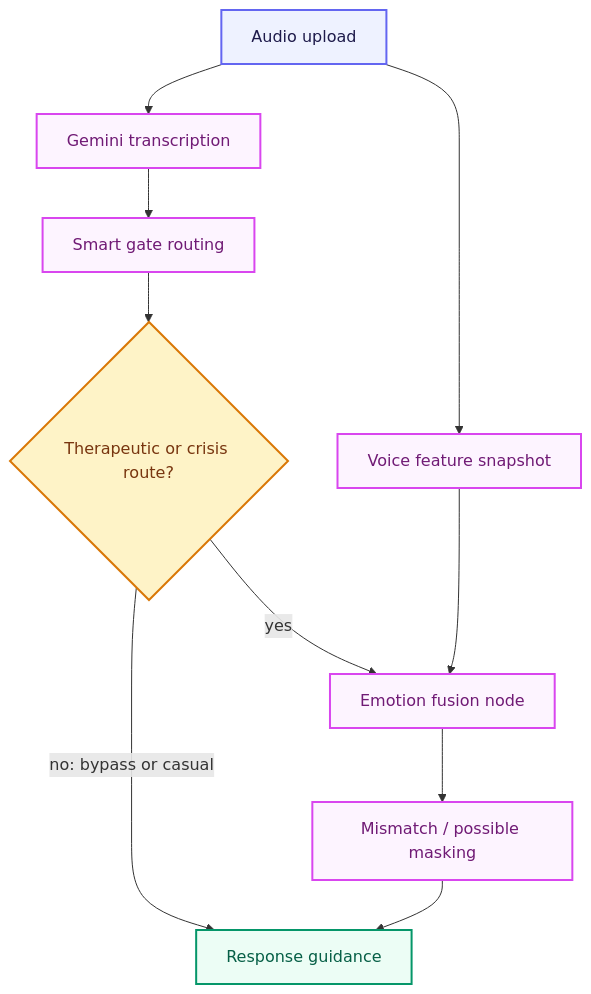
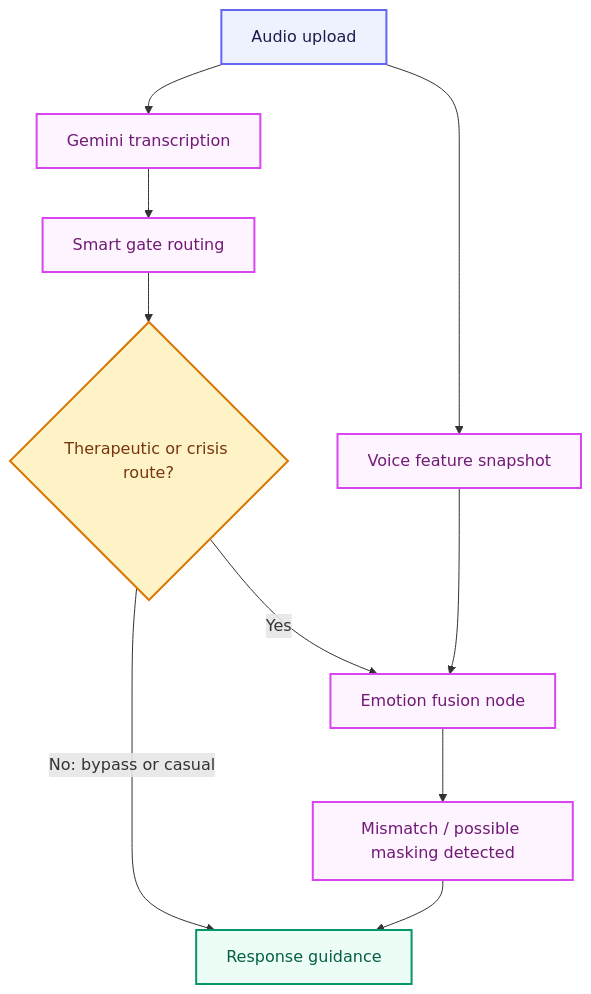
Before and after one commit to taha-mehmood-03/Personlaized-Trainer-Using-Agentic-AI: diagram 11 of 18 in README.md, drawn with Mermaid. The commit also changed other lines of this file, not shown here.

````diff
--- a/README.md
+++ b/README.md
@@ -822,23 +615,23 @@
 ```mermaid
 flowchart TD
-    classDef input fill:#EEF2FF,stroke:#6366F1,stroke-width:2px,color:#1E1B4B;
-    classDef decision fill:#FEF3C7,stroke:#D97706,stroke-width:2px,color:#78350F;
-    classDef node fill:#FDF4FF,stroke:#D946EF,stroke-width:2px,color:#701A75;
-    classDef output fill:#ECFDF5,stroke:#059669,stroke-width:2px,color:#065F46;
+    classDef input fill:#EEF2FF,stroke:#6366F1,stroke-width:2px,color:#1E1B4B
+    classDef decision fill:#FEF3C7,stroke:#D97706,stroke-width:2px,color:#78350F
+    classDef node fill:#FDF4FF,stroke:#D946EF,stroke-width:2px,color:#701A75
+    classDef output fill:#ECFDF5,stroke:#059669,stroke-width:2px,color:#065F46
 
     Audio["Audio upload"]:::input
     Transcribe["Gemini transcription"]:::node
     VoiceFeatures["Voice feature snapshot"]:::node
     SmartRoute["Smart gate routing"]:::node
     Therapeutic{"Therapeutic or crisis route?"}:::decision
     Fusion["Emotion fusion node"]:::node
-    Mismatch["Mismatch / possible masking"]:::node
+    Mismatch["Mismatch / possible masking detected"]:::node
     ResponsePrompt["Response guidance"]:::output
 
     Audio --> Transcribe --> SmartRoute
     Audio --> VoiceFeatures
     SmartRoute --> Therapeutic
-    Therapeutic -- yes --> Fusion
-    Therapeutic -- no: bypass or casual --> ResponsePrompt
+    Therapeutic -- Yes --> Fusion
+    Therapeutic -- No: bypass or casual --> ResponsePrompt
     VoiceFeatures --> Fusion --> Mismatch --> ResponsePrompt
 ```
````
